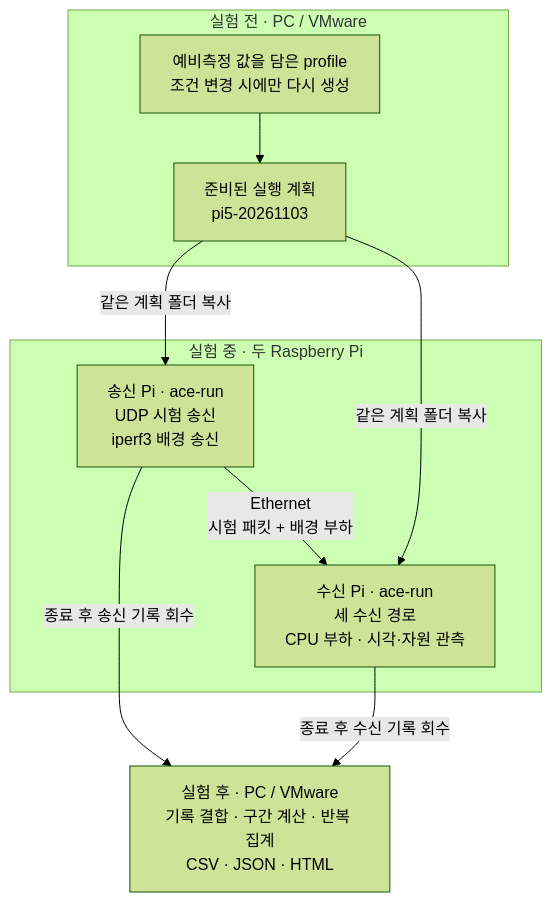
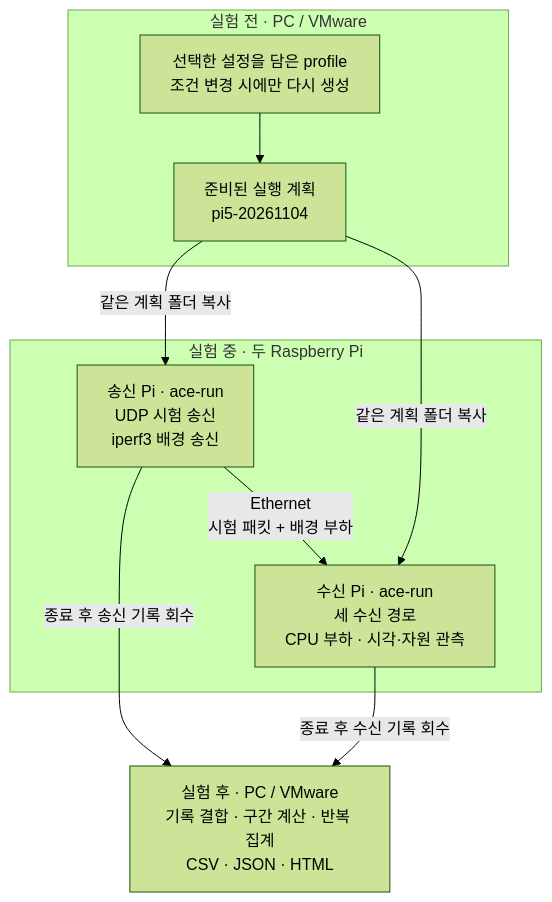
One commit to kingwooseok/ACEteam_Bachelor_thesis changed the third of 3 diagrams in README.md. Above: the diagram before and after it, drawn with Mermaid (forest theme). The commit also changed other lines of this file and 37 other files, not shown here.

````diff
--- a/README.md
+++ b/README.md
@@ -164,16 +192,16 @@
 ```mermaid
 flowchart TB
     subgraph PRE["실험 전 · PC / VMware"]
-        V["예비측정 값을 담은 profile<br/>조건 변경 시에만 다시 생성"] --> P["준비된 실행 계획<br/>pi5-20261103"]
+        V["선택한 설정을 담은 profile<br/>조건 변경 시에만 다시 생성"] --> P["준비된 실행 계획<br/>pi5-20261104"]
     end
     subgraph RUN["실험 중 · 두 Raspberry Pi"]
         T["송신 Pi · ace-run<br/>UDP 시험 송신<br/>iperf3 배경 송신"]
         R["수신 Pi · ace-run<br/>세 수신 경로<br/>CPU 부하 · 시각·자원 관측"]
         T -->|"Ethernet<br/>시험 패킷 + 배경 부하"| R
     end
     P -->|"같은 계획 폴더 복사"| T
     P -->|"같은 계획 폴더 복사"| R
     T -->|"종료 후 송신 기록 회수"| A
     R -->|"종료 후 수신 기록 회수"| A
     A["실험 후 · PC / VMware<br/>기록 결합 · 구간 계산 · 반복 집계<br/>CSV · JSON · HTML"]
 ```
````
